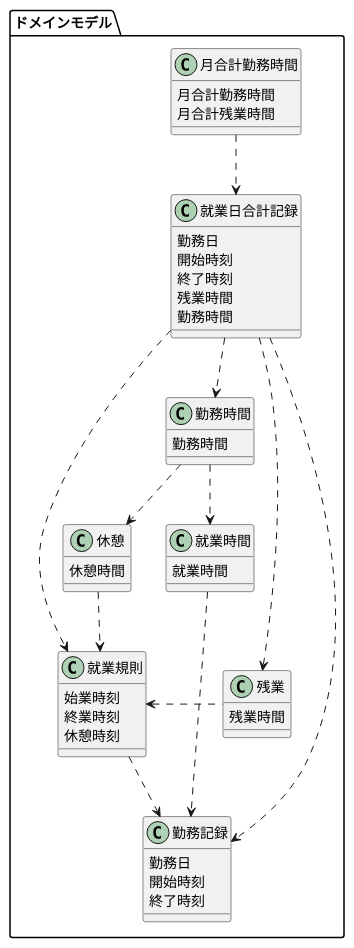
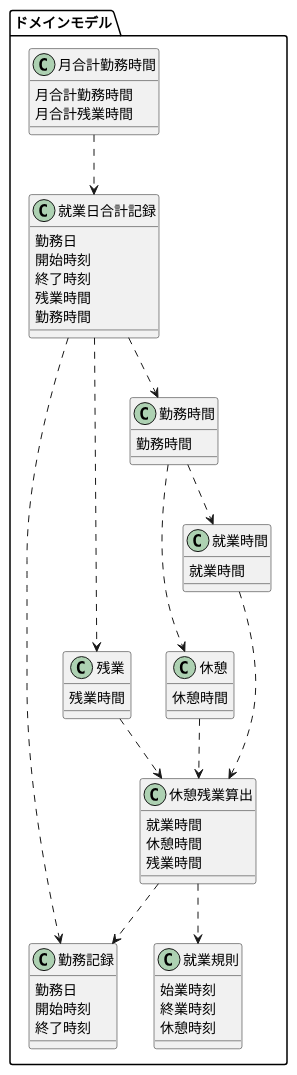
The diagram in Kmodel.puml (biglobe-isp/kintai), drawn with PlantUML before and after one commit. The commit also changed 55 other files, not shown here.

```diff
--- a/Kmodel.puml
+++ b/Kmodel.puml
@@ -1,48 +1,55 @@
 @startuml kintaiD
 package ドメインモデル{
     class 勤務記録{
         勤務日
         開始時刻
         終了時刻
     }
     class 就業規則{
         始業時刻
         終業時刻
         休憩時刻
+    }
+    class 休憩残業算出{
+        就業時間
+        休憩時間
+        残業時間
+
     }
     class 休憩{
         休憩時間
     }
     class 残業{
         残業時間
     }
     class 就業時間{
         就業時間
     }
     class 勤務時間{
         勤務時間
     }
     class 就業日合計記録{
         勤務日
         開始時刻
         終了時刻
         残業時間
         勤務時間
     }
     class 月合計勤務時間{
         月合計勤務時間
         月合計残業時間
     }
-    就業規則  ..> 勤務記録
-    就業日合計記録..> 就業規則
-    月合計勤務時間 ..> 就業日合計記録
-    休憩 ..> 就業規則
-    残業 .left.> 就業規則
-    就業時間 ...> 勤務記録
+    休憩残業算出 ..> 就業規則
+    休憩残業算出 ..>勤務記録
+    休憩 ..>休憩残業算出
+    残業 ..>休憩残業算出
+
+    就業時間 ...> 休憩残業算出
     勤務時間 ..> 休憩
-    勤務時間 ..>就業時間
-    就業日合計記録 ..>勤務時間
+    勤務時間 ..> 就業時間
+    就業日合計記録 ..> 勤務時間
     就業日合計記録 ..> 勤務記録
     就業日合計記録 ..> 残業  
+    月合計勤務時間 ..> 就業日合計記録
 }
 @enduml
```
